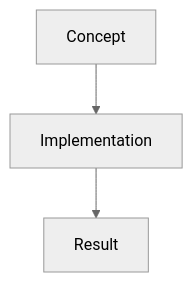
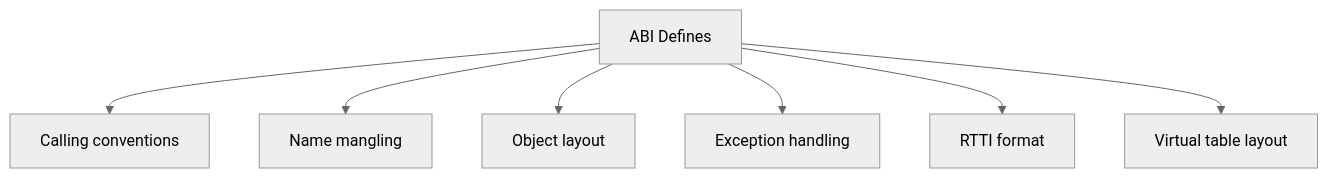
The diagram in docs/programming/cpp/12-low-level-and-platform/01-abi.md (AndriiSonsiadlo/knowledge-base), drawn with Mermaid (neutral theme) before and after one commit. The commit also changed other lines of this file and 6 other files, not shown here.

````diff
--- a/docs/programming/cpp/12-low-level-and-platform/01-abi.md
+++ b/docs/programming/cpp/12-low-level-and-platform/01-abi.md
@@ -35,5 +22,9 @@
 ```mermaid
 graph TD
-    A[Concept] --> B[Implementation]
-    B --> C[Result]
+    A[ABI Defines] --> B[Calling conventions]
+    A --> C[Name mangling]
+    A --> D[Object layout]
+    A --> E[Exception handling]
+    A --> F[RTTI format]
+    A --> G[Virtual table layout]
 ```
````
